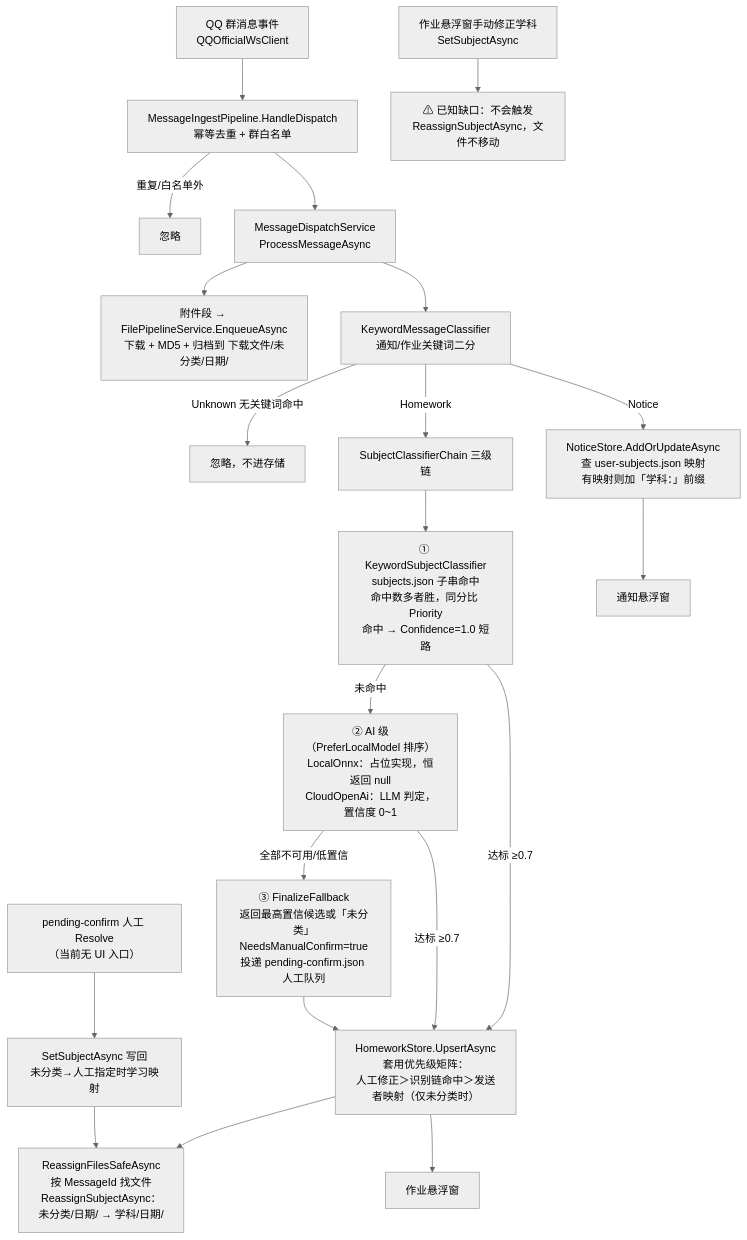
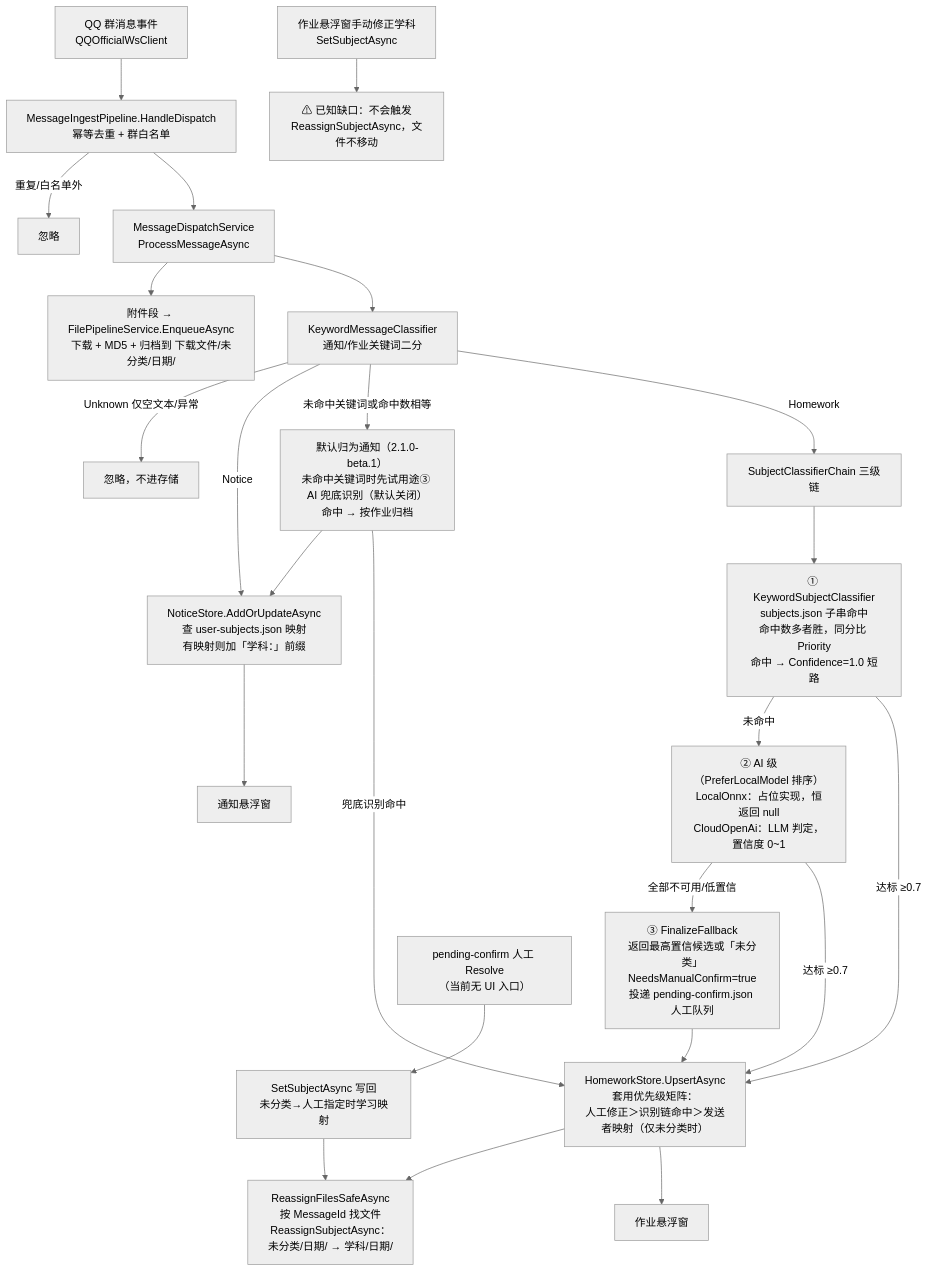
Before and after one commit to lukeyancn/CyberTechRep: the diagram in docs/research/classification-explained.md, drawn with Mermaid (neutral theme). The commit also changed other lines of this file and 47 other files, not shown here.

Commit message:
feat: 2.1.0.0-beta.1 — 需求 1–10 交付：互转继承学科与来源、未命中关键词默认归通知、关于页、圆圈红点、图片缩略图与图片悬浮窗、上课联动延时、选择窗排队

````diff
--- a/docs/research/classification-explained.md
+++ b/docs/research/classification-explained.md
@@ -205,22 +205,25 @@
 ```mermaid
 flowchart TD
     A[QQ 群消息事件<br/>QQOfficialWsClient] --> B[MessageIngestPipeline.HandleDispatch<br/>幂等去重 + 群白名单]
     B -->|重复/白名单外| X0[忽略]
     B --> C[MessageDispatchService<br/>ProcessMessageAsync]
     C --> D[附件段 → FilePipelineService.EnqueueAsync<br/>下载 + MD5 + 归档到 下载文件/未分类/日期/]
     C --> E[KeywordMessageClassifier<br/>通知/作业关键词二分]
-    E -->|Unknown 无关键词命中| X1[忽略，不进存储]
+    E -->|Unknown 仅空文本/异常| X1[忽略，不进存储]
     E -->|Notice| F[NoticeStore.AddOrUpdateAsync<br/>查 user-subjects.json 映射<br/>有映射则加「学科：」前缀]
+    E -->|未命中关键词或命中数相等| F2["默认归为通知（2.1.0-beta.1）<br/>未命中关键词时先试用途③ AI 兜底识别（默认关闭）<br/>命中 → 按作业归档"]
+    F2 --> F
+    F2 -->|兜底识别命中| H
     E -->|Homework| G[SubjectClassifierChain 三级链]
     G --> G1["① KeywordSubjectClassifier<br/>subjects.json 子串命中<br/>命中数多者胜，同分比 Priority<br/>命中 → Confidence=1.0 短路"]
     G1 -->|未命中| G2["② AI 级（PreferLocalModel 排序）<br/>LocalOnnx：占位实现，恒返回 null<br/>CloudOpenAi：LLM 判定，置信度 0~1"]
     G2 -->|全部不可用/低置信| G3["③ FinalizeFallback<br/>返回最高置信候选或「未分类」<br/>NeedsManualConfirm=true<br/>投递 pending-confirm.json 人工队列"]
     G1 -->|达标 ≥0.7| H
     G2 -->|达标 ≥0.7| H
     G3 --> H[HomeworkStore.UpsertAsync<br/>套用优先级矩阵：<br/>人工修正＞识别链命中＞发送者映射（仅未分类时）]
     H --> I[ReassignFilesSafeAsync<br/>按 MessageId 找文件<br/>ReassignSubjectAsync：<br/>未分类/日期/ → 学科/日期/]
     F --> J[通知悬浮窗]
     H --> K[作业悬浮窗]
     L[pending-confirm 人工 Resolve<br/>（当前无 UI 入口）] --> M[SetSubjectAsync 写回<br/>未分类→人工指定时学习映射] --> I
     N[作业悬浮窗手动修正学科<br/>SetSubjectAsync] --> O[⚠ 已知缺口：不会触发<br/>ReassignSubjectAsync，文件不移动]
 ```
````
